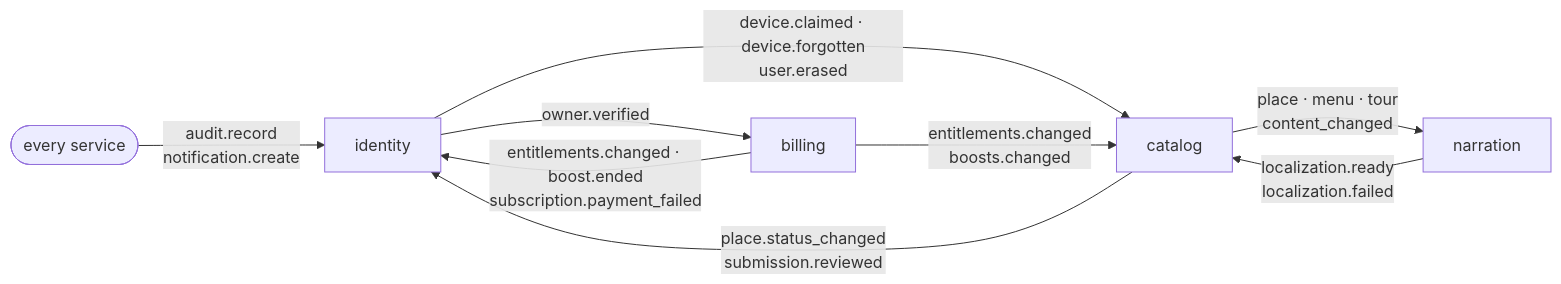
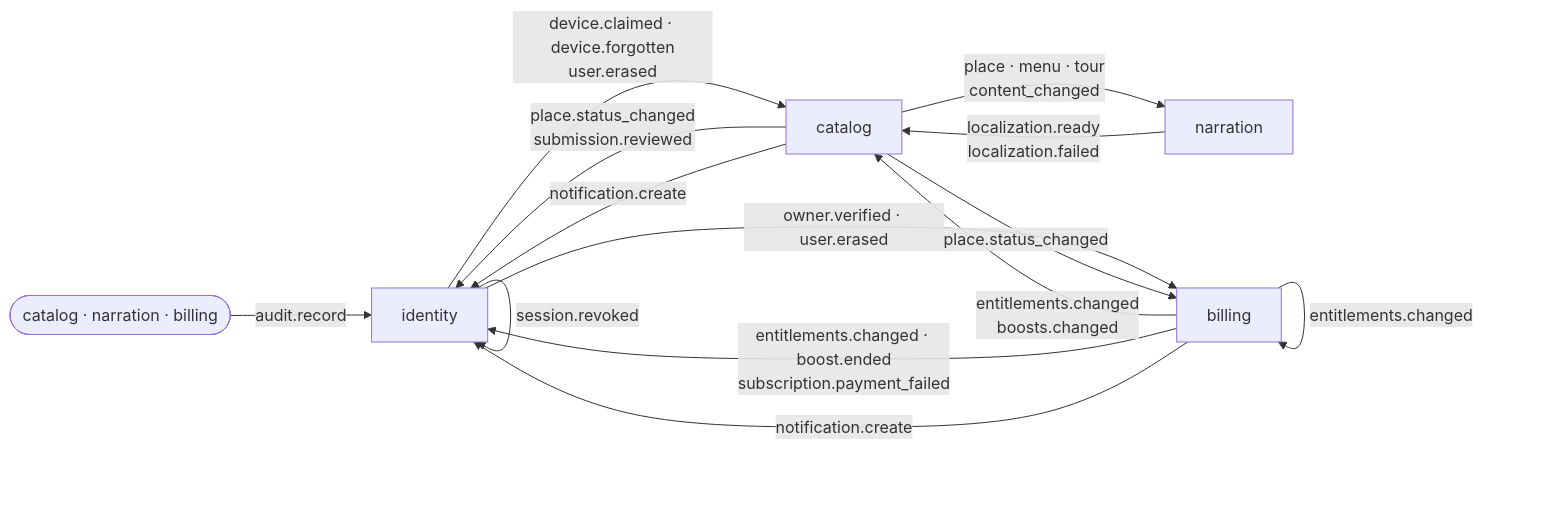
One commit to dungtq2k5/wayfare changed the fourth of 4 diagrams in docs/reference/sys-flows.md. Above: the diagram before and after it, drawn with Mermaid. The commit also changed other lines of this file and 11 other files, not shown here.

````diff
--- a/docs/reference/sys-flows.md
+++ b/docs/reference/sys-flows.md
@@ -130,17 +134,21 @@
 ```mermaid
 graph LR
   I[identity]
   CA[catalog]
   N[narration]
   B[billing]
-  ALL([every service])
+  ALL([catalog · narration · billing])
 
   I -- device.claimed · device.forgotten<br/>user.erased --> CA
-  I -- owner.verified --> B
+  I -- owner.verified · user.erased --> B
+  I -- session.revoked --> I
   CA -- place · menu · tour<br/>content_changed --> N
   CA -- place.status_changed<br/>submission.reviewed --> I
+  CA -- place.status_changed --> B
   N -- localization.ready<br/>localization.failed --> CA
   B -- entitlements.changed<br/>boosts.changed --> CA
   B -- entitlements.changed · boost.ended<br/>subscription.payment_failed --> I
-  ALL -- audit.record<br/>notification.create --> I
+  B -- entitlements.changed --> B
+  ALL -- audit.record --> I
+  CA & B -- notification.create --> I
 ```
````
